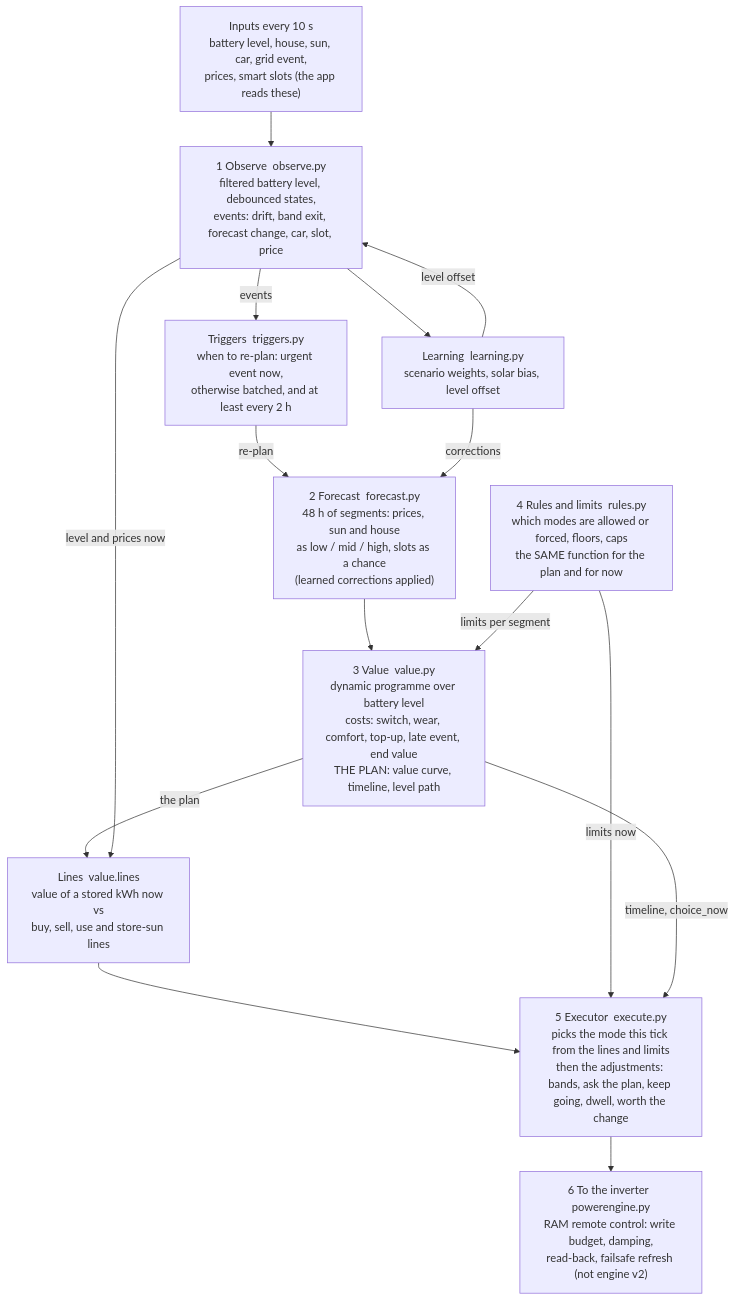
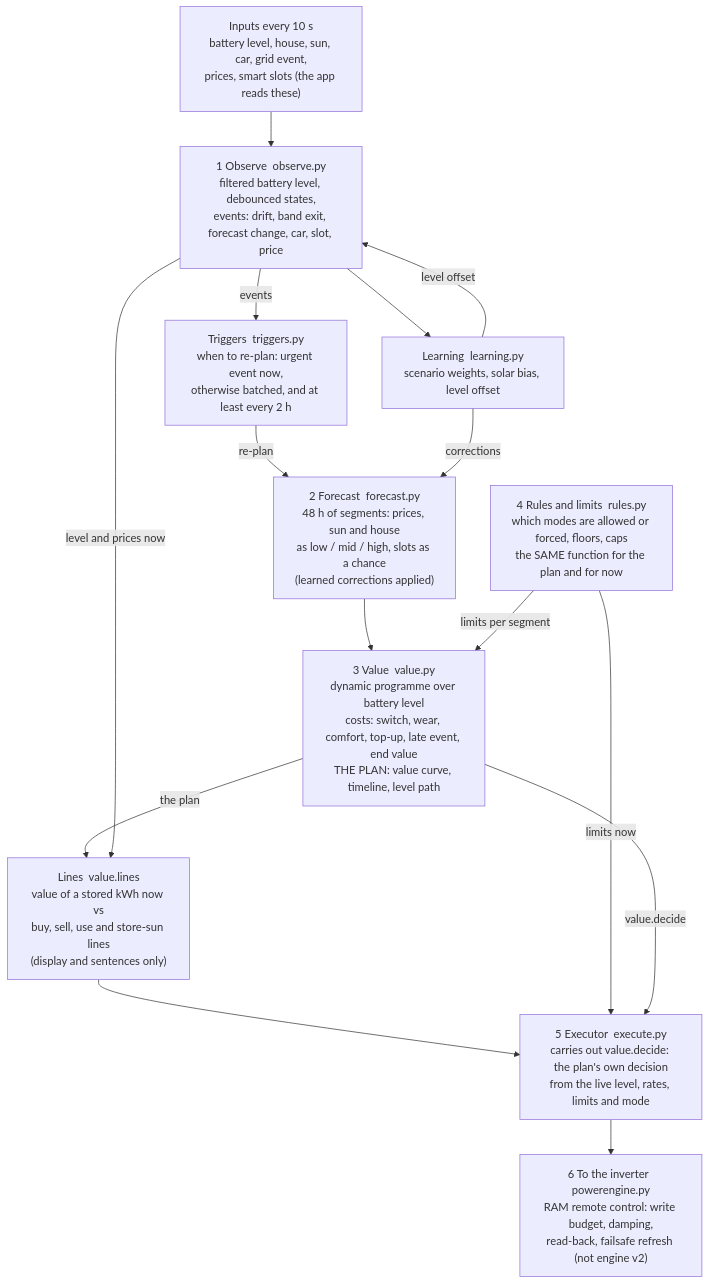
Before and after one commit to durkimat/ha-powerengine-controller: the first of 2 diagrams in docs/plans/engine-v2-architecture.md, drawn with Mermaid. The commit also changed other lines of this file and 40 other files, not shown here.

First line of the commit message:
0.9.157: One decision for the plan and the battery, and settings that say what you want (#313)

````diff
--- a/docs/plans/engine-v2-architecture.md
+++ b/docs/plans/engine-v2-architecture.md
@@ -24,28 +27,28 @@
 ```mermaid
 flowchart TD
     IN["Inputs every 10 s<br/>battery level, house, sun, car, grid event,<br/>prices, smart slots (the app reads these)"]
     OBS["1 Observe  observe.py<br/>filtered battery level, debounced states,<br/>events: drift, band exit, forecast change, car, slot, price"]
     TRG["Triggers  triggers.py<br/>when to re-plan: urgent event now,<br/>otherwise batched, and at least every 2 h"]
     FC["2 Forecast  forecast.py<br/>48 h of segments: prices, sun and house<br/>as low / mid / high, slots as a chance<br/>(learned corrections applied)"]
     LIM["4 Rules and limits  rules.py<br/>which modes are allowed or forced, floors, caps<br/>the SAME function for the plan and for now"]
     VAL["3 Value  value.py<br/>dynamic programme over battery level<br/>costs: switch, wear, comfort, top-up, late event, end value<br/>THE PLAN: value curve, timeline, level path"]
-    LNS["Lines  value.lines<br/>value of a stored kWh now vs<br/>buy, sell, use and store-sun lines"]
-    EXE["5 Executor  execute.py<br/>picks the mode this tick from the lines and limits<br/>then the adjustments: bands, ask the plan, keep going, dwell, worth the change"]
+    LNS["Lines  value.lines<br/>value of a stored kWh now vs<br/>buy, sell, use and store-sun lines<br/>(display and sentences only)"]
+    EXE["5 Executor  execute.py<br/>carries out value.decide: the plan's own decision<br/>from the live level, rates, limits and mode"]
     LRN["Learning  learning.py<br/>scenario weights, solar bias, level offset"]
     OUT["6 To the inverter  powerengine.py<br/>RAM remote control: write budget, damping,<br/>read-back, failsafe refresh (not engine v2)"]
 
     IN --> OBS
     OBS -->|events| TRG
     TRG -->|re-plan| FC
     FC --> VAL
     LIM -->|limits per segment| VAL
     VAL -->|the plan| LNS
     OBS -->|level and prices now| LNS
     LNS --> EXE
     LIM -->|limits now| EXE
-    VAL -->|timeline, choice_now| EXE
+    VAL -->|value.decide| EXE
     EXE --> OUT
     OBS --> LRN
     LRN -->|corrections| FC
     LRN -->|level offset| OBS
 ```
````
